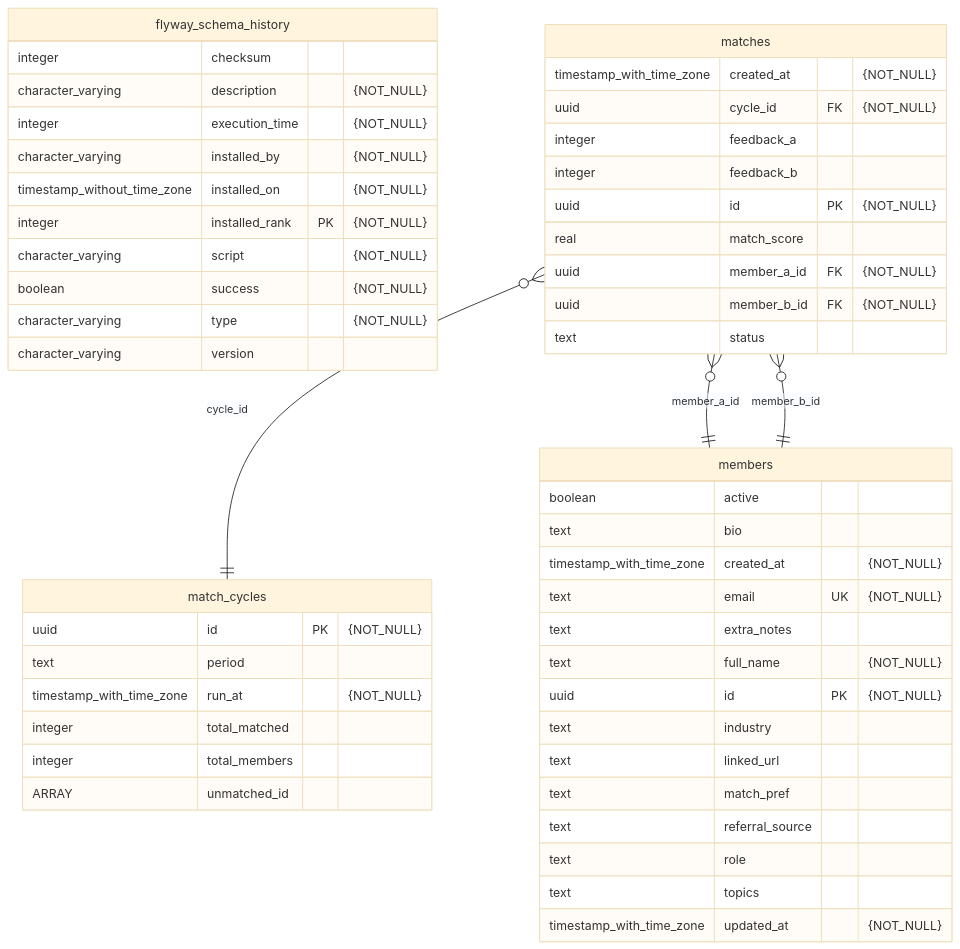
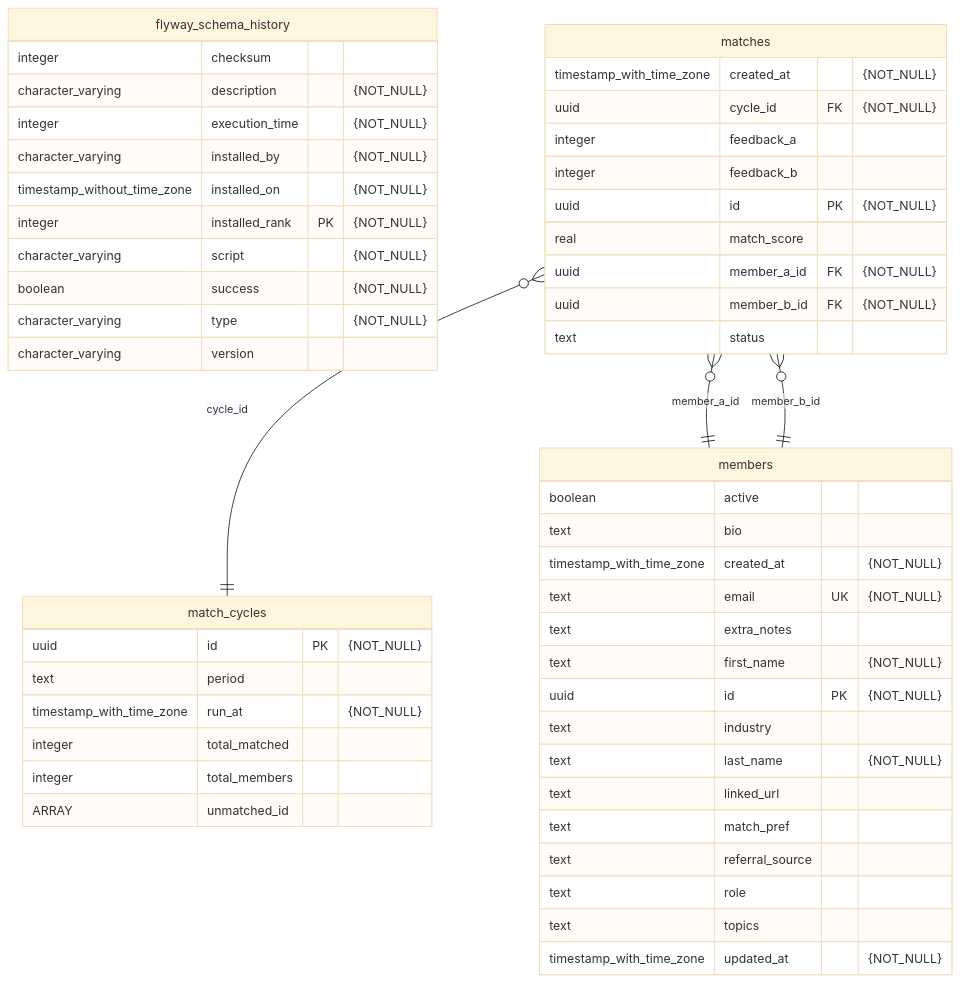
Before and after one commit to Patina-Network/patchats: the diagram in db/README.md, drawn with Mermaid (base theme). The commit also changed 12 other files, not shown here.

First line of the commit message:
Replaced all usages of Full Name with First Name and Last Name

````diff
--- a/db/README.md
+++ b/db/README.md
@@ -3,57 +3,58 @@
 ```mermaid
 erDiagram
     flyway_schema_history {
         integer checksum
         character_varying description "{NOT_NULL}"
         integer execution_time "{NOT_NULL}"
         character_varying installed_by "{NOT_NULL}"
         timestamp_without_time_zone installed_on "{NOT_NULL}"
         integer installed_rank PK "{NOT_NULL}"
         character_varying script "{NOT_NULL}"
         boolean success "{NOT_NULL}"
         character_varying type "{NOT_NULL}"
         character_varying version
     }
 
     match_cycles {
         uuid id PK "{NOT_NULL}"
         text period
         timestamp_with_time_zone run_at "{NOT_NULL}"
         integer total_matched
         integer total_members
         ARRAY unmatched_id
     }
 
     matches {
         timestamp_with_time_zone created_at "{NOT_NULL}"
         uuid cycle_id FK "{NOT_NULL}"
         integer feedback_a
         integer feedback_b
         uuid id PK "{NOT_NULL}"
         real match_score
         uuid member_a_id FK "{NOT_NULL}"
         uuid member_b_id FK "{NOT_NULL}"
         text status
     }
 
     members {
         boolean active
         text bio
         timestamp_with_time_zone created_at "{NOT_NULL}"
         text email UK "{NOT_NULL}"
         text extra_notes
-        text full_name "{NOT_NULL}"
+        text first_name "{NOT_NULL}"
         uuid id PK "{NOT_NULL}"
         text industry
+        text last_name "{NOT_NULL}"
         text linked_url
         text match_pref
         text referral_source
         text role
         text topics
         timestamp_with_time_zone updated_at "{NOT_NULL}"
     }
 
     matches }o--|| match_cycles : "cycle_id"
     matches }o--|| members : "member_a_id"
     matches }o--|| members : "member_b_id"
 ```
````
